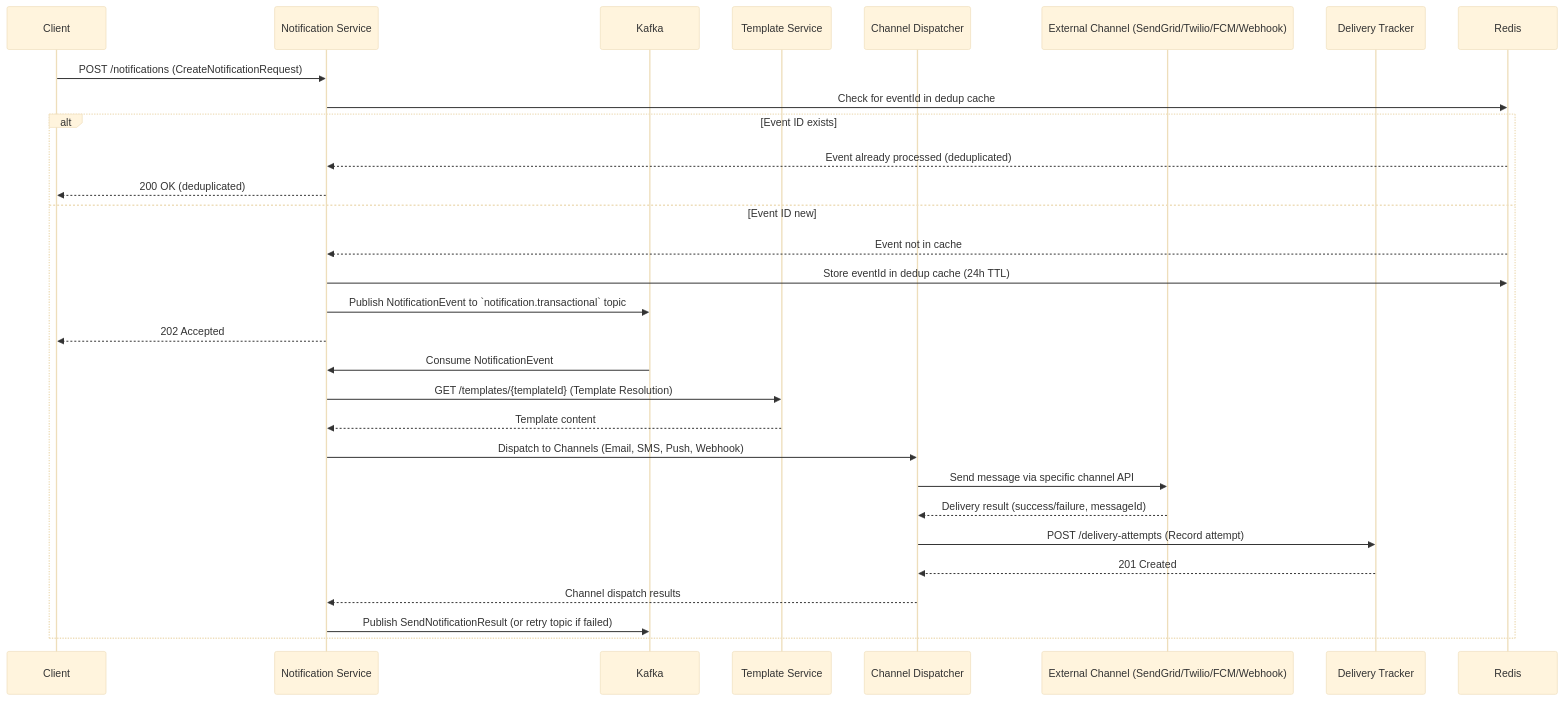
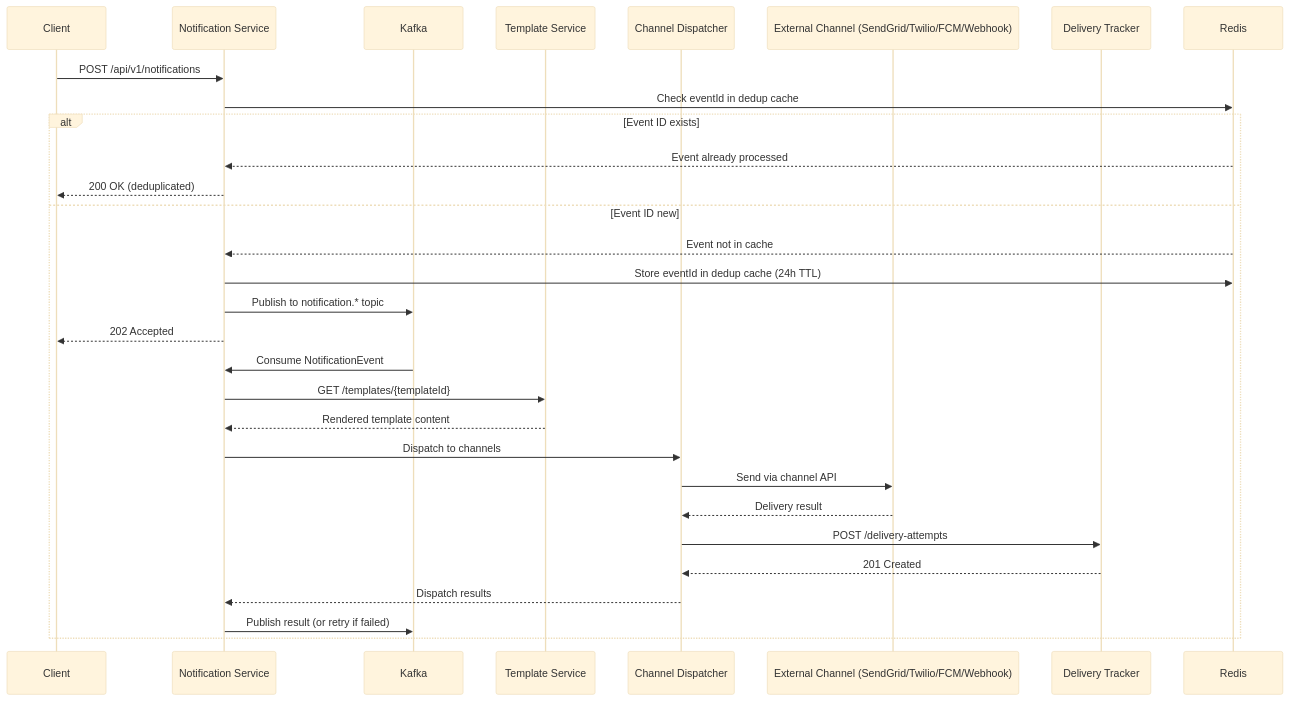
Before and after one commit to abhim8/notification-platform: the second of 5 diagrams in README.md, drawn with Mermaid (base theme). The commit also changed other lines of this file and 7 other files, not shown here.

````diff
--- a/README.md
+++ b/README.md
@@ -222,33 +86,33 @@
 ```mermaid
 sequenceDiagram
     participant Client
     participant NS as Notification Service
     participant K as Kafka
     participant TS as Template Service
     participant CD as Channel Dispatcher
     participant EX as External Channel (SendGrid/Twilio/FCM/Webhook)
     participant DT as Delivery Tracker
     participant R as Redis
 
-    Client->>NS: POST /notifications (CreateNotificationRequest)
-    NS->>R: Check for eventId in dedup cache
+    Client->>NS: POST /api/v1/notifications
+    NS->>R: Check eventId in dedup cache
     alt Event ID exists
-        R-->>NS: Event already processed (deduplicated)
+        R-->>NS: Event already processed
         NS-->>Client: 200 OK (deduplicated)
     else Event ID new
         R-->>NS: Event not in cache
         NS->>R: Store eventId in dedup cache (24h TTL)
-        NS->>K: Publish NotificationEvent to `notification.transactional` topic
+        NS->>K: Publish to notification.* topic
         NS-->>Client: 202 Accepted
         K->>NS: Consume NotificationEvent
-        NS->>TS: GET /templates/{templateId} (Template Resolution)
-        TS-->>NS: Template content
-        NS->>CD: Dispatch to Channels (Email, SMS, Push, Webhook)
-        CD->>EX: Send message via specific channel API
-        EX-->>CD: Delivery result (success/failure, messageId)
-        CD->>DT: POST /delivery-attempts (Record attempt)
+        NS->>TS: GET /templates/{templateId}
+        TS-->>NS: Rendered template content
+        NS->>CD: Dispatch to channels
+        CD->>EX: Send via channel API
+        EX-->>CD: Delivery result
+        CD->>DT: POST /delivery-attempts
         DT-->>CD: 201 Created
-        CD-->>NS: Channel dispatch results
-        NS->>K: Publish SendNotificationResult (or retry topic if failed)
+        CD-->>NS: Dispatch results
+        NS->>K: Publish result (or retry if failed)
     end
 ```
````
